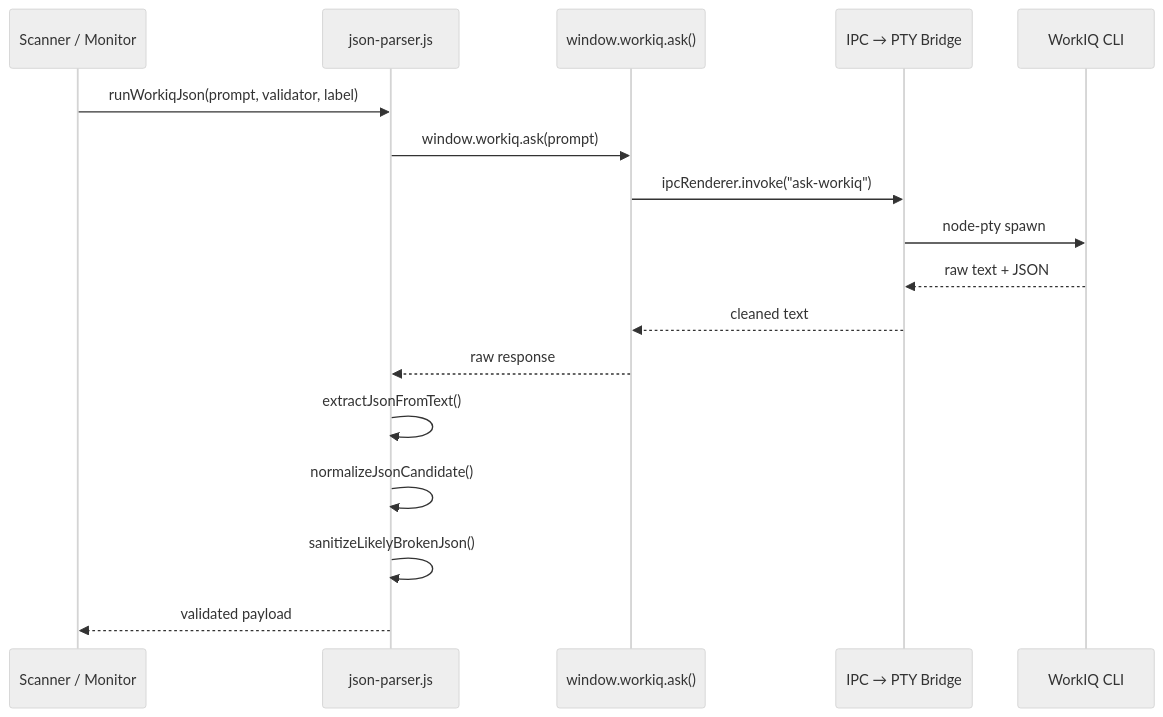
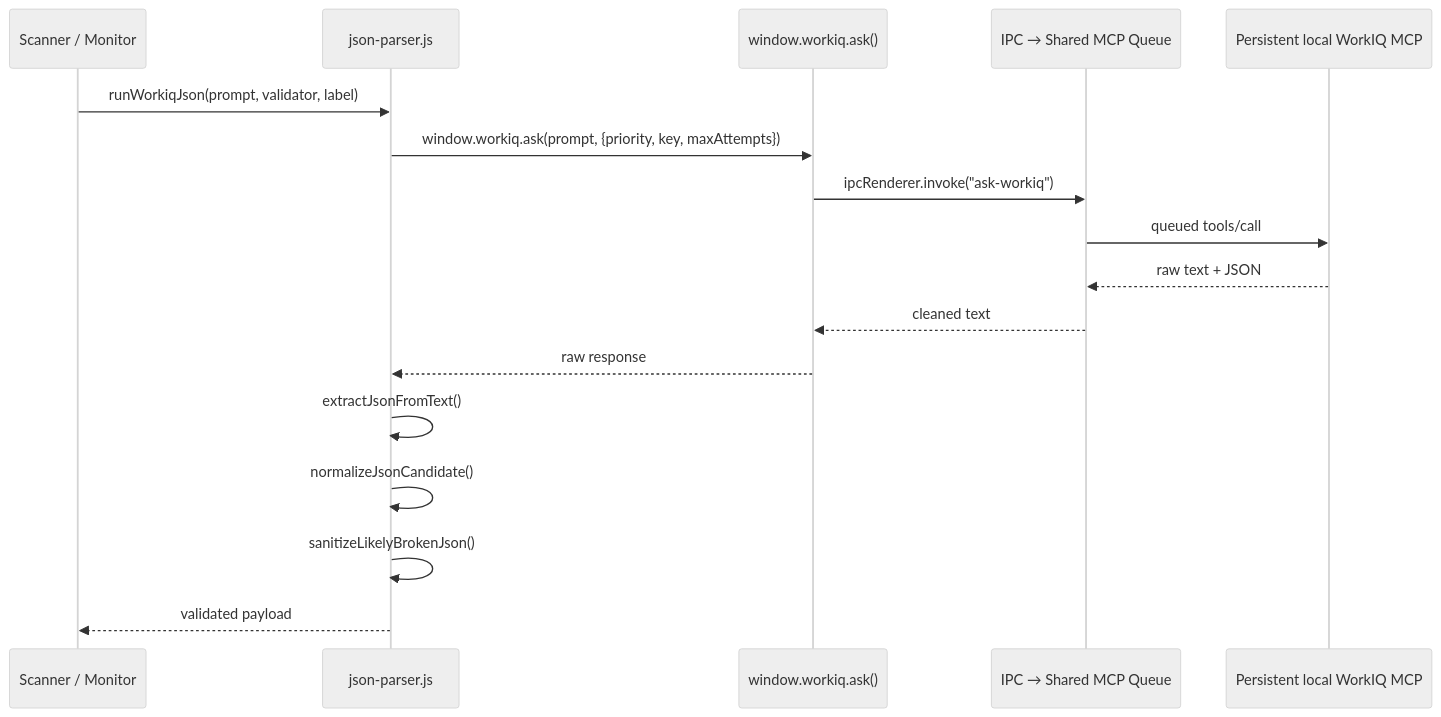
The fourth of 7 diagrams in docs/architecture.md (kpoineal/FlightDeck), drawn with Mermaid (neutral theme) before and after one commit. The commit also changed other lines of this file and 23 other files, not shown here.

Commit message:
feat: add persistent WorkIQ MCP concurrency and queue status

````diff
--- a/docs/architecture.md
+++ b/docs/architecture.md
@@ -293,20 +310,20 @@
 ```mermaid
 sequenceDiagram
   participant Engine as Scanner / Monitor
   participant JP as json-parser.js
   participant WIQ as window.workiq.ask()
-  participant IPC as IPC → PTY Bridge
-  participant CLI as WorkIQ CLI
+  participant IPC as IPC → Shared MCP Queue
+  participant CLI as Persistent local WorkIQ MCP
 
   Engine->>JP: runWorkiqJson(prompt, validator, label)
-  JP->>WIQ: window.workiq.ask(prompt)
+  JP->>WIQ: window.workiq.ask(prompt, {priority, key, maxAttempts})
   WIQ->>IPC: ipcRenderer.invoke("ask-workiq")
-  IPC->>CLI: node-pty spawn
+  IPC->>CLI: queued tools/call
   CLI-->>IPC: raw text + JSON
   IPC-->>WIQ: cleaned text
   WIQ-->>JP: raw response
   JP->>JP: extractJsonFromText()
   JP->>JP: normalizeJsonCandidate()
   JP->>JP: sanitizeLikelyBrokenJson()
   JP-->>Engine: validated payload
 ```
````
